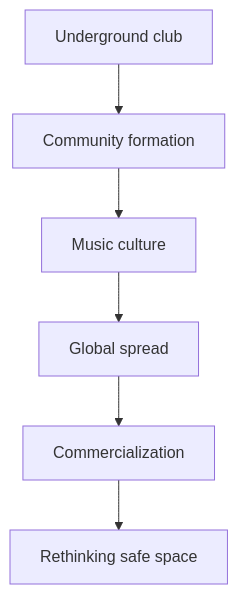
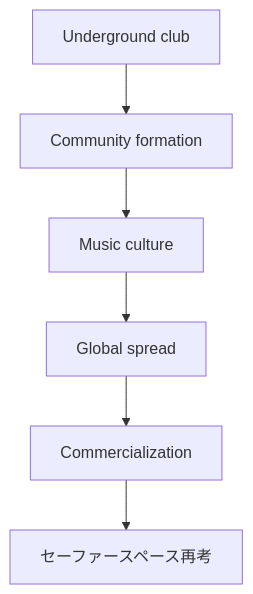
One commit to monumental-movement/monumental-movement.github.io changed the seventh of 7 diagrams in en/_posts/2026-05-24-column-lgbtq-dance.md. Above: the diagram before and after it, drawn with Mermaid. The commit also changed other lines of this file and 2196 other files, not shown here.

```diff
--- a/en/_posts/2026-05-24-column-lgbtq-dance.md
+++ b/en/_posts/2026-05-24-column-lgbtq-dance.md
@@ -341,8 +341,8 @@
 <div class="mermaid">
 flowchart TD
     A["Underground club"] --> B["Community formation"]
     B --> C["Music culture"]
     C --> D["Global spread"]
     D --> E["Commercialization"]
-    E --> F["Rethinking safe space"]
+    E --> F["セーファースペース再考"]
 </div>
```
